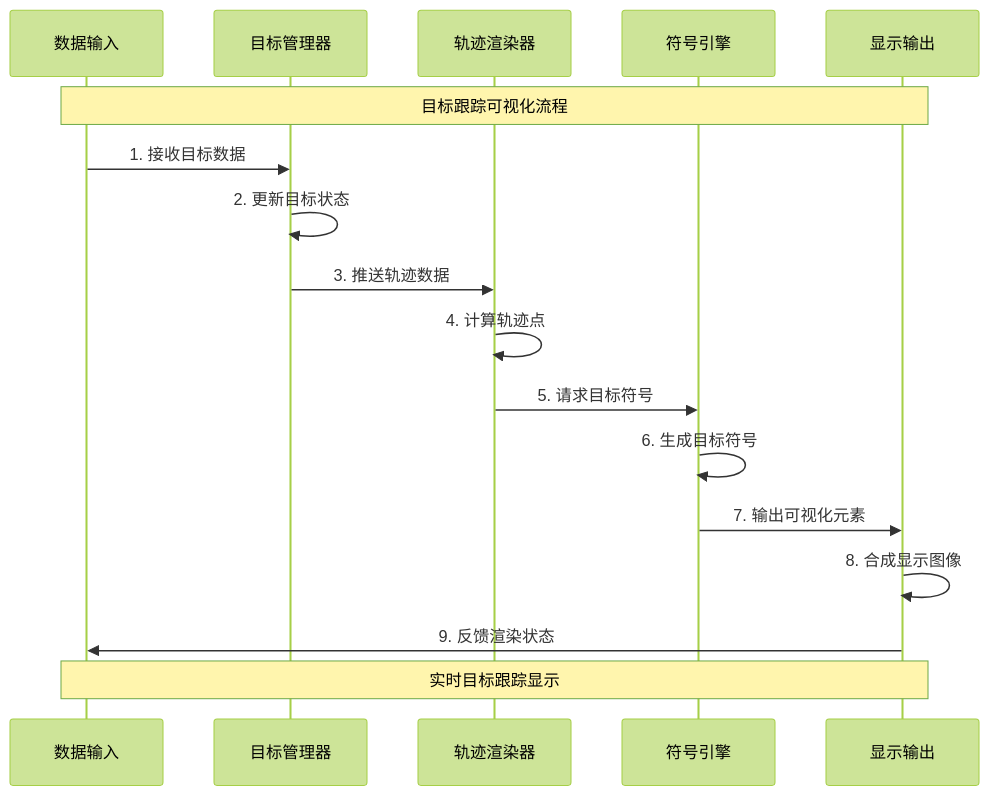
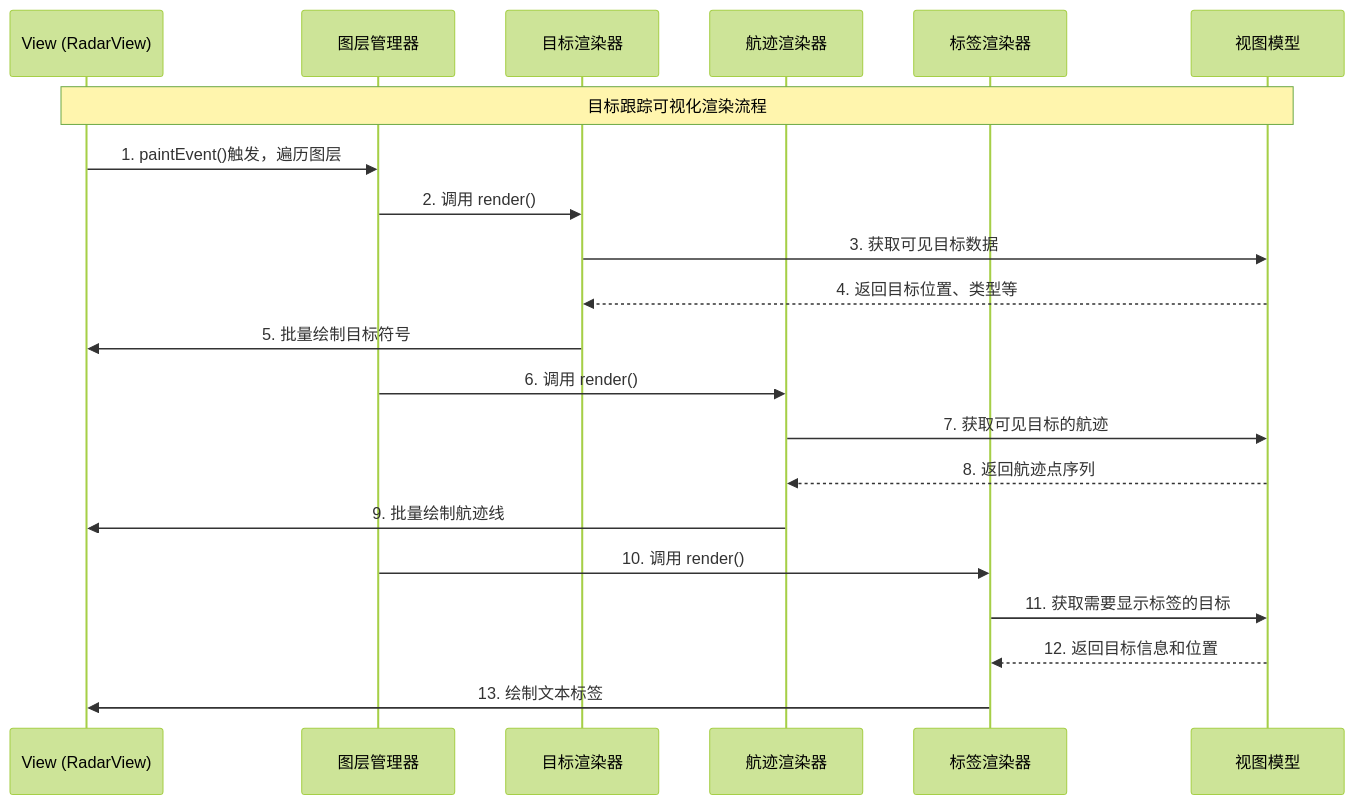
One commit to wendizhou99-cell/Radar changed diagram 13 of 21 in docs/01_项目设计/02_模块设计/04_显控接口模块设计.md. Above: the diagram before and after it, drawn with Mermaid (forest theme). The commit also changed other lines of this file and 7 other files, not shown here.

````diff
--- a/docs/01_项目设计/02_模块设计/04_显控接口模块设计.md
+++ b/docs/01_项目设计/02_模块设计/04_显控接口模块设计.md
@@ -587,25 +1199,27 @@
 ```mermaid
 sequenceDiagram
-    participant DataInput as 数据输入
-    participant TargetManager as 目标管理器
-    participant TrackRenderer as 轨迹渲染器
-    participant SymbolEngine as 符号引擎
-    participant DisplayOutput as 显示输出
+    participant View as View (RadarView)
+    participant LayerManager as 图层管理器
+    participant TargetRenderer as 目标渲染器
+    participant TrackRenderer as 航迹渲染器
+    participant LabelRenderer as 标签渲染器
+    participant ViewModel as 视图模型
 
-    Note over DataInput,DisplayOutput: 目标跟踪可视化流程
+    Note over View, ViewModel: 目标跟踪可视化渲染流程
 
-    DataInput->>TargetManager: 1. 接收目标数据
-    TargetManager->>TargetManager: 2. 更新目标状态
-    TargetManager->>TrackRenderer: 3. 推送轨迹数据
+    View->>LayerManager: 1. paintEvent()触发，遍历图层
+    LayerManager->>TargetRenderer: 2. 调用 render()
+    TargetRenderer->>ViewModel: 3. 获取可见目标数据
+    ViewModel-->>TargetRenderer: 4. 返回目标位置、类型等
+    TargetRenderer->>View: 5. 批量绘制目标符号
 
-    TrackRenderer->>TrackRenderer: 4. 计算轨迹点
-    TrackRenderer->>SymbolEngine: 5. 请求目标符号
+    LayerManager->>TrackRenderer: 6. 调用 render()
+    TrackRenderer->>ViewModel: 7. 获取可见目标的航迹
+    ViewModel-->>TrackRenderer: 8. 返回航迹点序列
+    TrackRenderer->>View: 9. 批量绘制航迹线
 
-    SymbolEngine->>SymbolEngine: 6. 生成目标符号
-    SymbolEngine->>DisplayOutput: 7. 输出可视化元素
-
-    DisplayOutput->>DisplayOutput: 8. 合成显示图像
-    DisplayOutput->>DataInput: 9. 反馈渲染状态
-
-    Note over DataInput,DisplayOutput: 实时目标跟踪显示
+    LayerManager->>LabelRenderer: 10. 调用 render()
+    LabelRenderer->>ViewModel: 11. 获取需要显示标签的目标
+    ViewModel-->>LabelRenderer: 12. 返回目标信息和位置
+    LabelRenderer->>View: 13. 绘制文本标签
 ```
````
